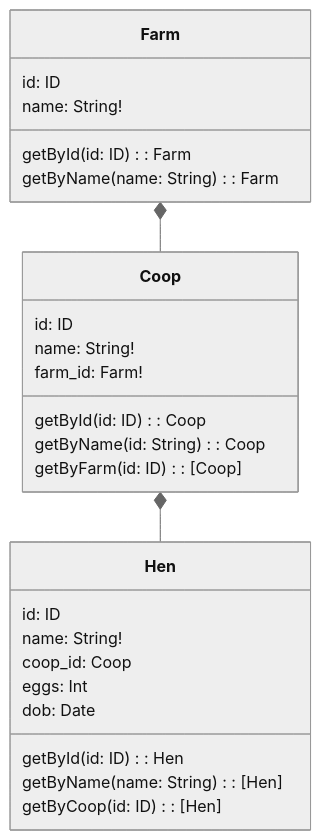
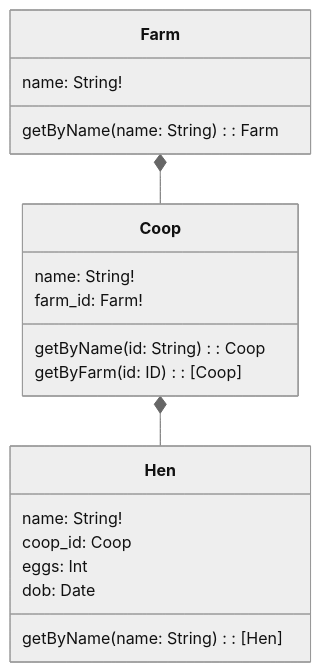
One commit to tsmarsh/gridql changed the diagram in packages/merminator/README.md. Above: the diagram before and after it, drawn with Mermaid (neutral theme). The commit also changed other lines of this file and 4 other files, not shown here.

````diff
--- a/packages/merminator/README.md
+++ b/packages/merminator/README.md
@@ -130,37 +130,29 @@
 ```mermaid
 classDiagram
 
   Farm *-- Coop
   class Farm {
-    id: ID
     name: String!
 
-    getById(id: ID): Farm
     getByName(name: String): Farm
   }
 
 
   Coop *-- Hen
   class Coop {
-    id: ID
     name: String!
     farm_id: Farm!
 
-    getById(id: ID): Coop
     getByName(id: String): Coop
     getByFarm(id: ID): [Coop]
   }
 
   class Hen {
-
-    id: ID
     name: String!
     coop_id: Coop
     eggs: Int
     dob: Date
 
-    getById(id: ID): Hen
     getByName(name: String): [Hen]
-    getByCoop(id: ID): [Hen]
   }
 ```
````
